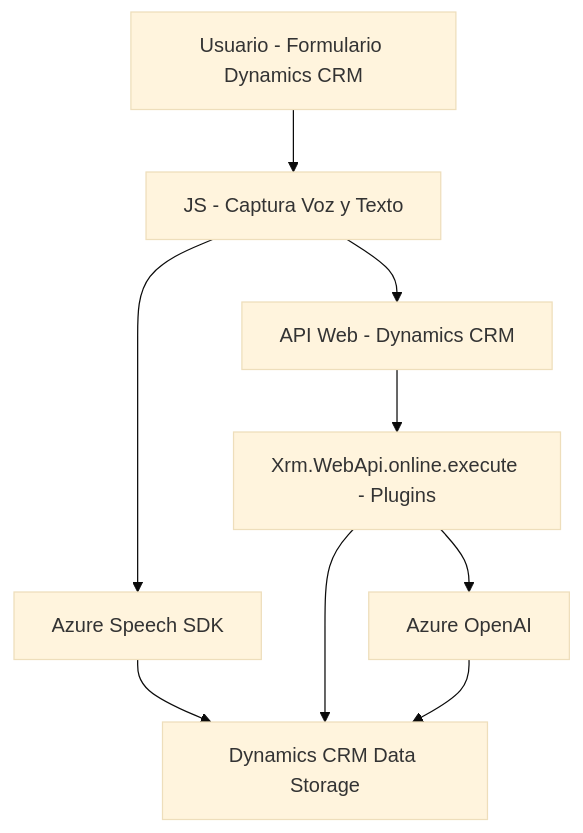
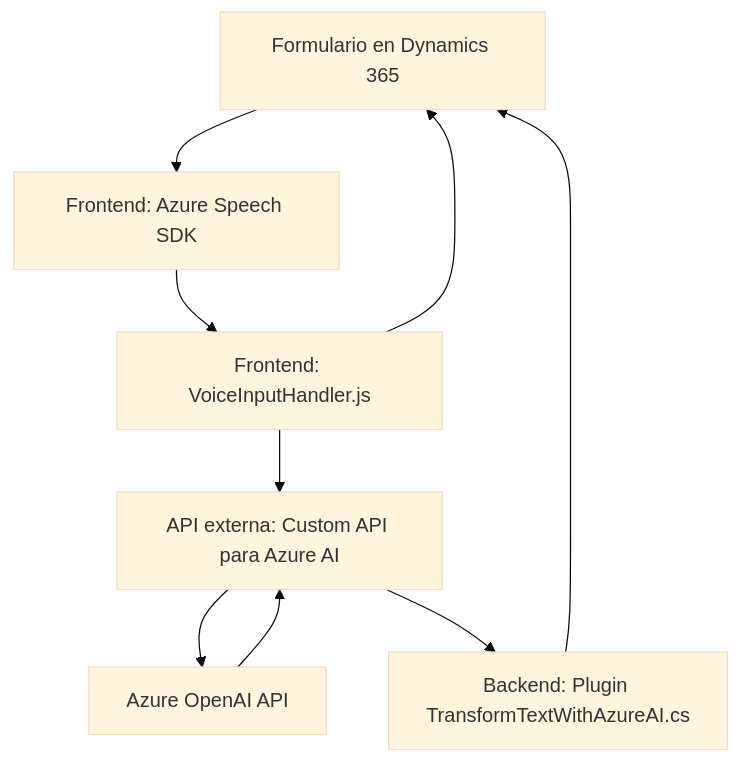
The diagram in README.md (blopezdm/NETCORE_BILBAO2025), drawn with Mermaid (base theme) before and after one commit. The commit also changed other lines of this file, not shown here.

````diff
--- a/README.md
+++ b/README.md
@@ -59,11 +29,18 @@
 ```mermaid
 graph TD
-A["Usuario - Formulario Dynamics CRM"] --> B["JS - Captura Voz y Texto"]
-B --> C["Azure Speech SDK"]
-B --> D["API Web - Dynamics CRM"]
-D --> E["Xrm.WebApi.online.execute - Plugins"]
-E --> F["Dynamics CRM Data Storage"]
-E --> G["Azure OpenAI"]
-C --> F
-G --> F
+    A["Formulario en Dynamics 365"]
+    B["Frontend: Azure Speech SDK"]
+    C["Frontend: VoiceInputHandler.js"]
+    D["API externa: Custom API para Azure AI"]
+    E["Backend: Plugin TransformTextWithAzureAI.cs"]
+    F["Azure OpenAI API"]
+
+    A --> B
+    B --> C
+    C --> D
+    D --> F
+    C --> A
+    F --> D
+    D --> E
+    E --> A
 ```
````
